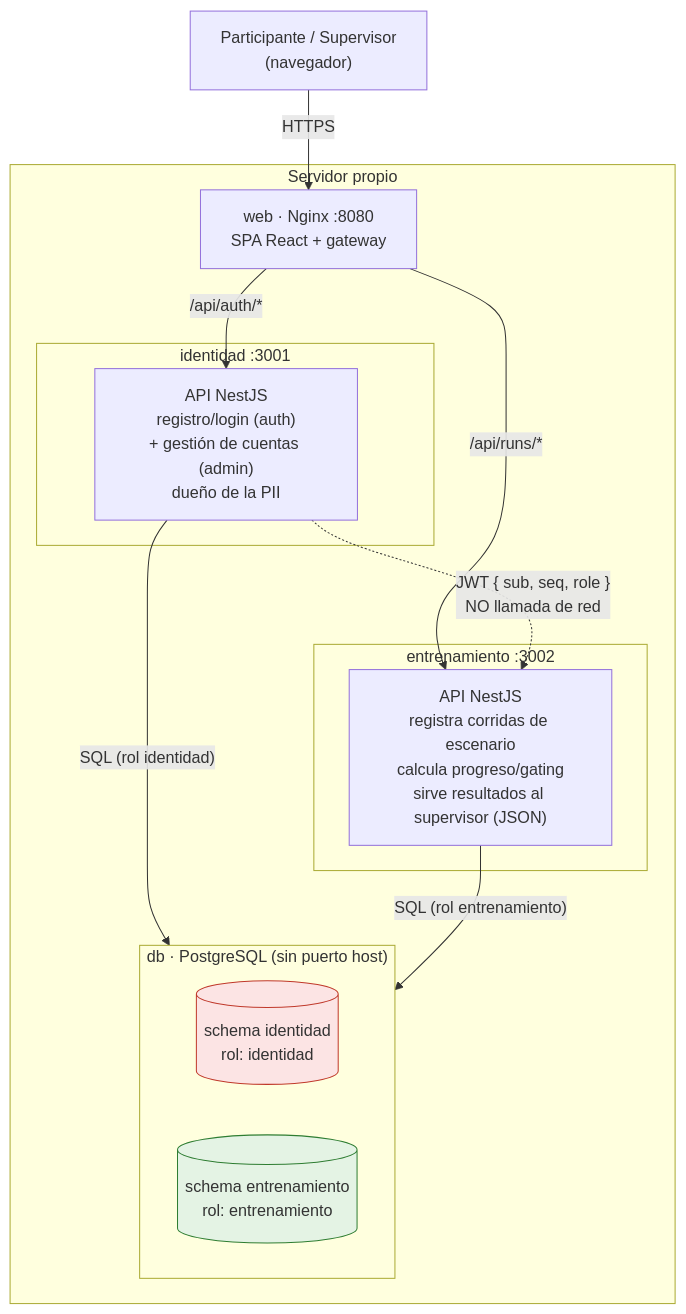
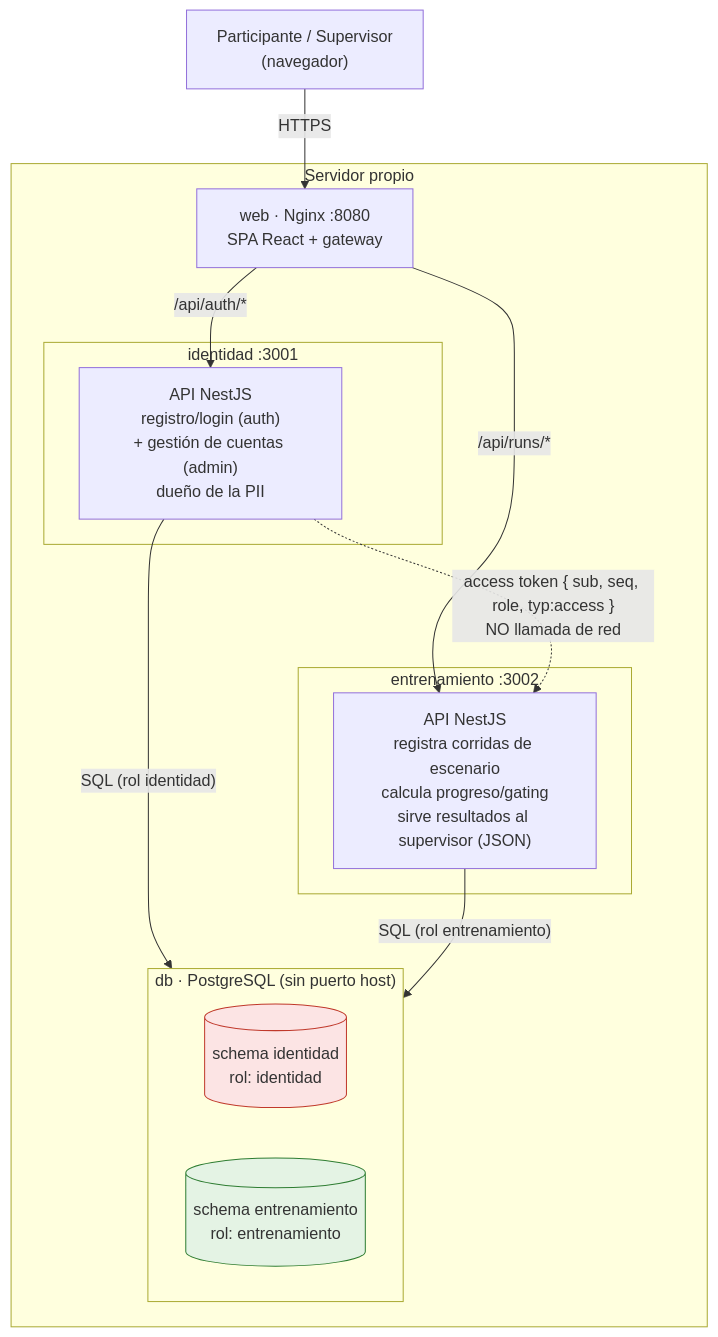
The first of 3 diagrams in docs/DIAGRAMAS.md (luis-sagx/SAFE-Web), drawn with Mermaid before and after one commit. The commit also changed other lines of this file and 16 other files, not shown here.

Commit message:
feat(auth): implement refresh token functionality and update JWT expiration settings

````diff
--- a/docs/DIAGRAMAS.md
+++ b/docs/DIAGRAMAS.md
@@ -15,33 +15,33 @@
 ```mermaid
 flowchart TB
     U["Participante / Supervisor<br/>(navegador)"]
 
     subgraph edge["Servidor propio"]
         WEB["web · Nginx :8080<br/>SPA React + gateway"]
 
         subgraph svc_id["identidad :3001"]
             ID_API["API NestJS<br/>registro/login (auth)<br/>+ gestión de cuentas (admin)<br/>dueño de la PII"]
         end
 
         subgraph svc_ent["entrenamiento :3002"]
             ENT_API["API NestJS<br/>registra corridas de escenario<br/>calcula progreso/gating<br/>sirve resultados al supervisor (JSON)"]
         end
 
         subgraph pg["db · PostgreSQL (sin puerto host)"]
             direction LR
             SCH_ID[("schema identidad<br/>rol: identidad")]
             SCH_ENT[("schema entrenamiento<br/>rol: entrenamiento")]
         end
     end
 
     U -- HTTPS --> WEB
     WEB -- "/api/auth/*" --> ID_API
     WEB -- "/api/runs/*" --> ENT_API
     ID_API -- "SQL (rol identidad)" --> SCH_ID
     ENT_API -- "SQL (rol entrenamiento)" --> SCH_ENT
 
-    ID_API -. "JWT { sub, seq, role }<br/>NO llamada de red" .-> ENT_API
+    ID_API -. "access token { sub, seq, role, typ:access }<br/>NO llamada de red" .-> ENT_API
 
     style SCH_ID fill:#fce4e4,stroke:#c0392b
     style SCH_ENT fill:#e4f3e4,stroke:#2e7d32
 ```
````
